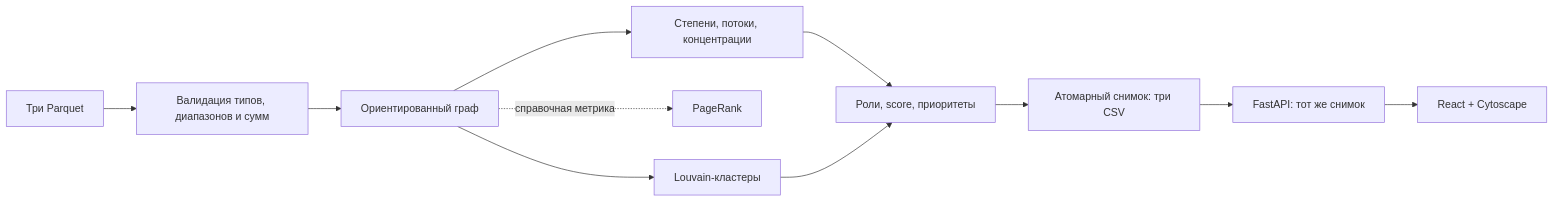
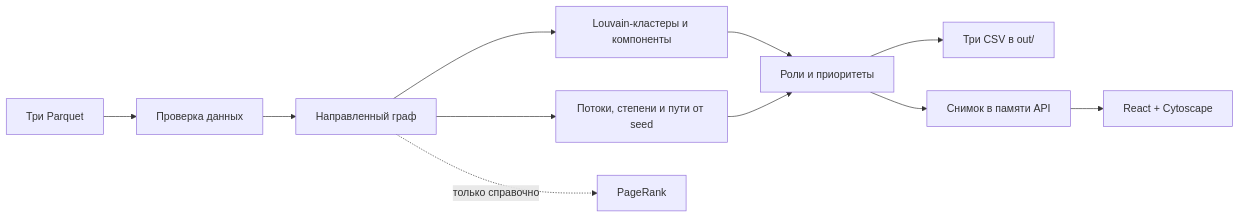
The diagram in README.md (BAITC-Hacks/hack-6fcd7f48-agentforge), drawn with Mermaid before and after one commit. The commit also changed other lines of this file and 22 other files, not shown here.

````diff
--- a/README.md
+++ b/README.md
@@ -113,13 +86,13 @@
 ```mermaid
 flowchart LR
-    P[Три Parquet] --> V[Валидация типов, диапазонов и сумм]
-    V --> G[Ориентированный граф]
-    G --> M[Степени, потоки, концентрации]
-    G -. справочная метрика .-> PR[PageRank]
-    G --> C[Louvain-кластеры]
-    M --> R[Роли, score, приоритеты]
-    C --> R
-    R --> O[Атомарный снимок: три CSV]
-    O --> A[FastAPI: тот же снимок]
-    A --> U[React + Cytoscape]
+    P[Три Parquet] --> V[Проверка данных]
+    V --> G[Направленный граф]
+    G --> C[Louvain-кластеры и компоненты]
+    G --> M[Потоки, степени и пути от seed]
+    G -. только справочно .-> PR[PageRank]
+    C --> R[Роли и приоритеты]
+    M --> R
+    R --> O[Три CSV в out/]
+    R --> S[Снимок в памяти API]
+    S --> U[React + Cytoscape]
 ```
````
